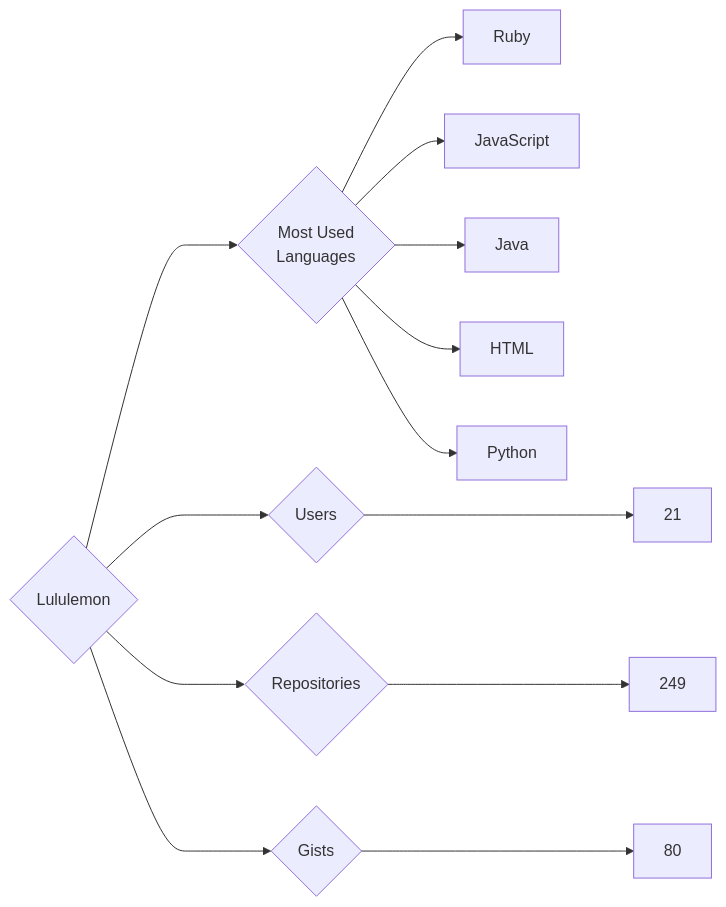
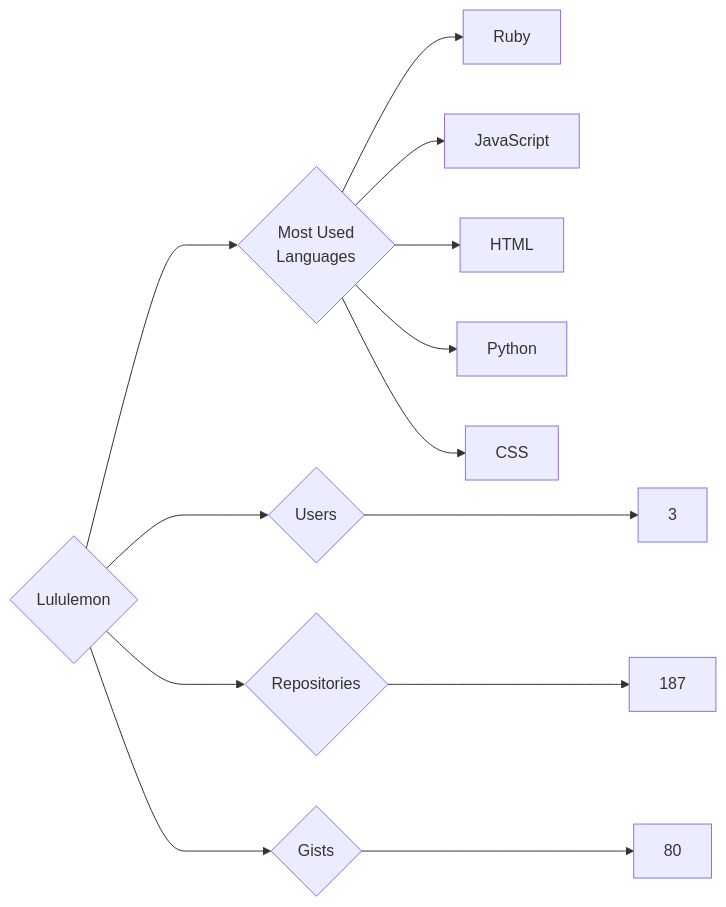
Before and after one commit to trickest/insiders: the diagram in targets/Lululemon/README.md, drawn with Mermaid. The commit also changed 882 other files, not shown here.

````diff
--- a/targets/Lululemon/README.md
+++ b/targets/Lululemon/README.md
@@ -3,13 +3,13 @@
 ```mermaid
 graph LR
 COMPANY_NAME{Lululemon}
-COMPANY_NAME ---> U{Users} ---> UN[21]
-COMPANY_NAME ---> R{Repositories} ---> RN[249]
+COMPANY_NAME ---> U{Users} ---> UN[3]
+COMPANY_NAME ---> R{Repositories} ---> RN[187]
 COMPANY_NAME ---> G{Gists} ---> GN[80]
 COMPANY_NAME ---> ML{Most Used<br>Languages}
 ML --> Ruby[Ruby]
 ML --> JavaScript[JavaScript]
-ML --> Java[Java]
 ML --> HTML[HTML]
 ML --> Python[Python]
+ML --> CSS[CSS]
 ```
````
